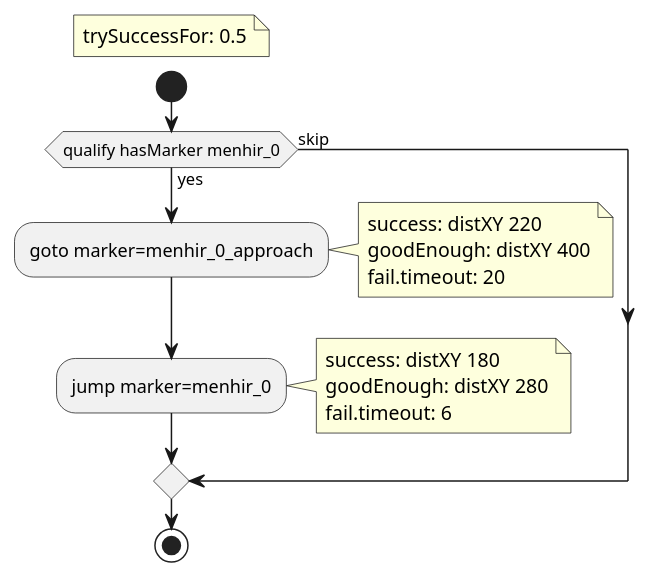
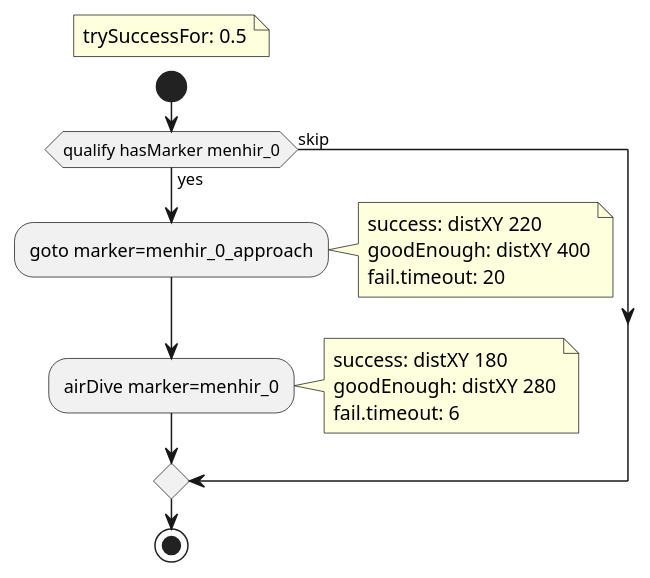
The diagram in Config/BotBooks/jump_lintel.puml (JacksIndulgentMind/Calling), drawn with PlantUML before and after one commit. The commit also changed 11 other files, not shown here.

```diff
--- a/Config/BotBooks/jump_lintel.puml
+++ b/Config/BotBooks/jump_lintel.puml
@@ -1,22 +1,22 @@
 @startuml jump_lintel
 floating note
 trySuccessFor: 0.5
 end note
 start
 if (qualify hasMarker menhir_0) then (yes)
   :goto marker=menhir_0_approach;
   note right
     success: distXY 220
     goodEnough: distXY 400
     fail.timeout: 20
   end note
-  :jump marker=menhir_0;
+  :airDive marker=menhir_0;
   note right
     success: distXY 180
     goodEnough: distXY 280
     fail.timeout: 6
   end note
 else (skip)
 endif
 stop
 @enduml
```
